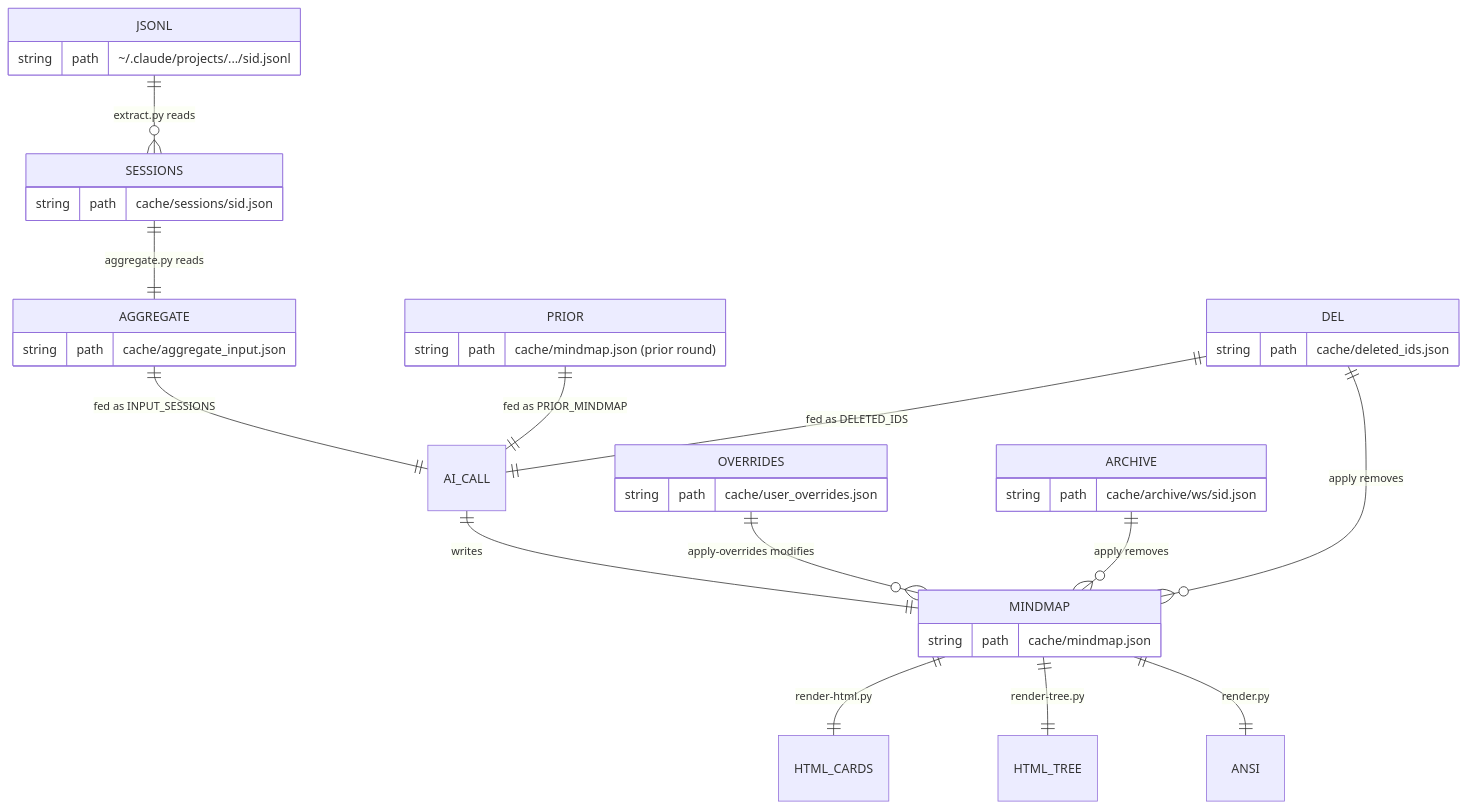
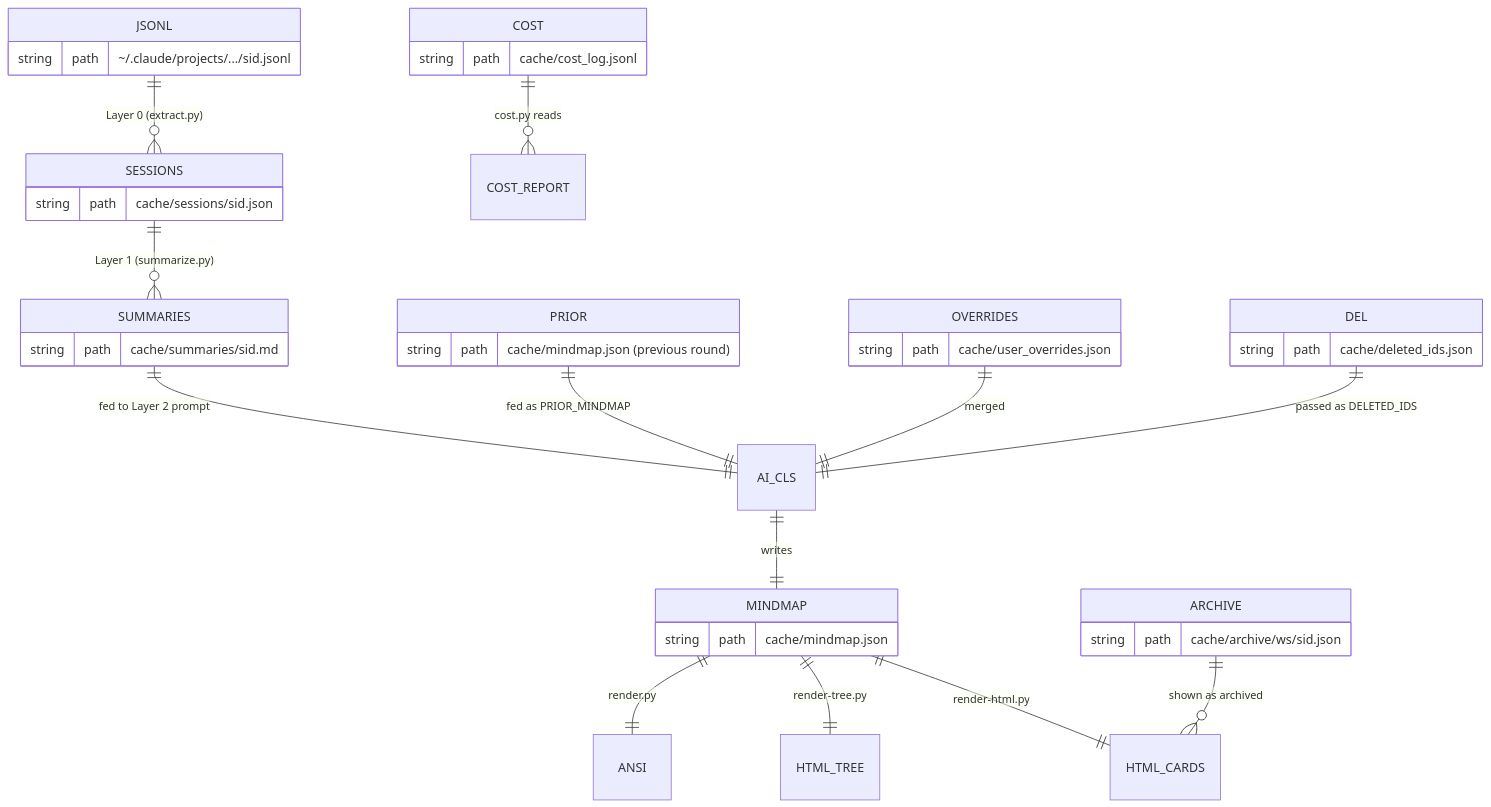
Before and after one commit to Icesource/claude-code-worktree: the fifth of 8 diagrams in docs/ARCHITECTURE.md, drawn with Mermaid. The commit also changed other lines of this file and 1 other file, not shown here.

````diff
--- a/docs/ARCHITECTURE.md
+++ b/docs/ARCHITECTURE.md
@@ -384,24 +327,25 @@
 ```mermaid
 erDiagram
-    JSONL ||--o{ SESSIONS : "extract.py reads"
-    SESSIONS ||--|| AGGREGATE : "aggregate.py reads"
-    AGGREGATE ||--|| AI_CALL : "fed as INPUT_SESSIONS"
-    PRIOR ||--|| AI_CALL : "fed as PRIOR_MINDMAP"
-    DEL ||--|| AI_CALL : "fed as DELETED_IDS"
-    AI_CALL ||--|| MINDMAP : "writes"
+    JSONL ||--o{ SESSIONS : "Layer 0 (extract.py)"
+    SESSIONS ||--o{ SUMMARIES : "Layer 1 (summarize.py)"
+    SUMMARIES ||--|| AI_CLS : "fed to Layer 2 prompt"
+    PRIOR ||--|| AI_CLS : "fed as PRIOR_MINDMAP"
+    OVERRIDES ||--|| AI_CLS : "merged"
+    DEL ||--|| AI_CLS : "passed as DELETED_IDS"
+    AI_CLS ||--|| MINDMAP : "writes"
     MINDMAP ||--|| HTML_CARDS : "render-html.py"
     MINDMAP ||--|| HTML_TREE : "render-tree.py"
     MINDMAP ||--|| ANSI : "render.py"
-    OVERRIDES ||--o{ MINDMAP : "apply-overrides modifies"
-    ARCHIVE ||--o{ MINDMAP : "apply removes"
-    DEL ||--o{ MINDMAP : "apply removes"
+    ARCHIVE ||--o{ HTML_CARDS : "shown as archived"
+    COST ||--o{ COST_REPORT : "cost.py reads"
 
     JSONL { string path "~/.claude/projects/.../sid.jsonl" }
     SESSIONS { string path "cache/sessions/sid.json" }
-    AGGREGATE { string path "cache/aggregate_input.json" }
-    PRIOR { string path "cache/mindmap.json (prior round)" }
+    SUMMARIES { string path "cache/summaries/sid.md" }
+    PRIOR { string path "cache/mindmap.json (previous round)" }
     DEL { string path "cache/deleted_ids.json" }
     OVERRIDES { string path "cache/user_overrides.json" }
     ARCHIVE { string path "cache/archive/ws/sid.json" }
     MINDMAP { string path "cache/mindmap.json" }
+    COST { string path "cache/cost_log.jsonl" }
 ```
````
